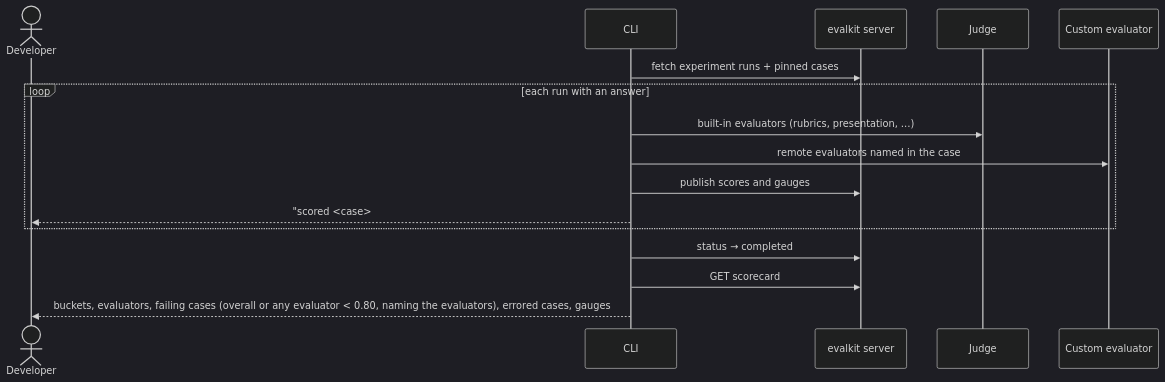
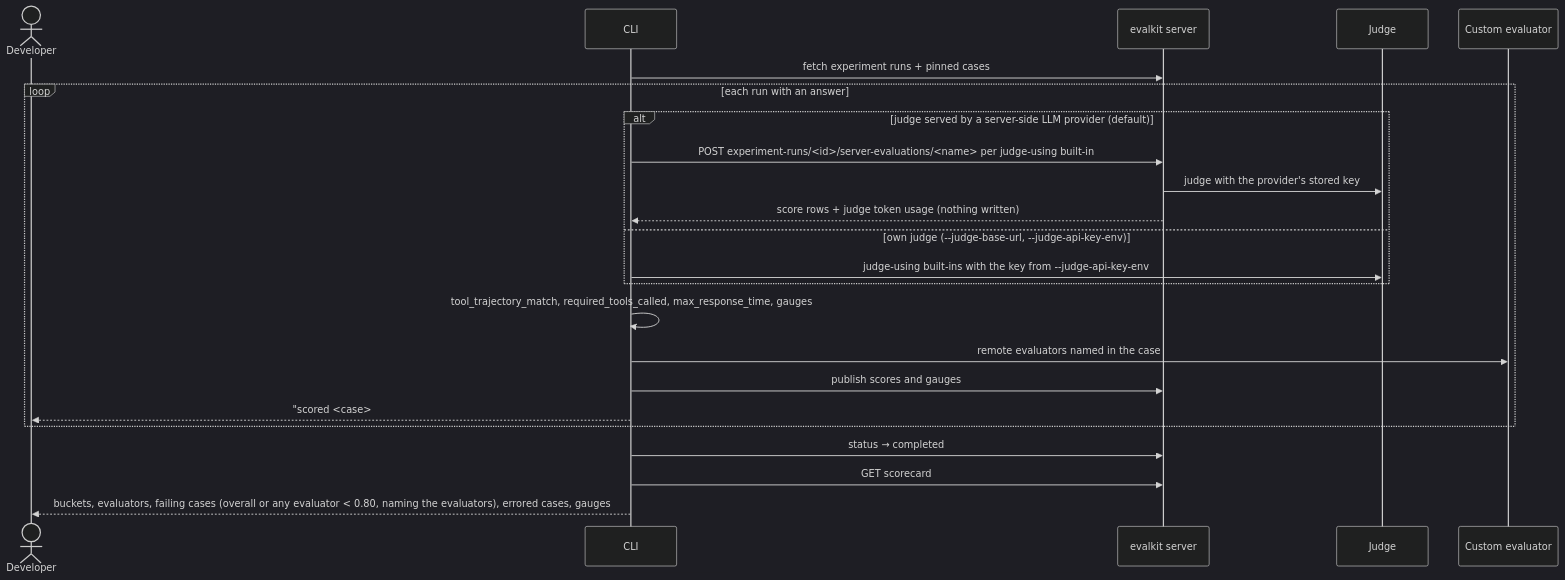
Before and after one commit to inferedge-ai/evalkit: the second of 3 diagrams in docs/flows/07-local-harness-run.md, drawn with Mermaid (dark theme). The commit also changed other lines of this file and 88 other files, not shown here.

First line of the commit message:
Server judge by default for local and SDK runs; bring your own key optional (#85)

````diff
--- a/docs/flows/07-local-harness-run.md
+++ b/docs/flows/07-local-harness-run.md
@@ -52,19 +54,26 @@
 ```mermaid
 sequenceDiagram
   actor Dev as Developer
   participant CLI
   participant S as evalkit server
   participant J as Judge
   participant E as Custom evaluator
 
   CLI->>S: fetch experiment runs + pinned cases
   loop each run with an answer
-    CLI->>J: built-in evaluators (rubrics, presentation, …)
+    alt judge served by a server-side LLM provider (default)
+      CLI->>S: POST experiment-runs/#lt;id#gt;/server-evaluations/#lt;name#gt; per judge-using built-in
+      S->>J: judge with the provider's stored key
+      S-->>CLI: score rows + judge token usage (nothing written)
+    else own judge (--judge-base-url, --judge-api-key-env)
+      CLI->>J: judge-using built-ins with the key from --judge-api-key-env
+    end
+    CLI->>CLI: tool_trajectory_match, required_tools_called, max_response_time, gauges
     CLI->>E: remote evaluators named in the case
     CLI->>S: publish scores and gauges
     CLI-->>Dev: "scored #lt;case#gt; ##lt;rep#gt; (#lt;n#gt; rows)"
   end
   CLI->>S: status → completed
   CLI->>S: GET scorecard
   CLI-->>Dev: buckets, evaluators, failing cases (overall or any evaluator < 0.80, naming the evaluators), errored cases, gauges
 ```
````
